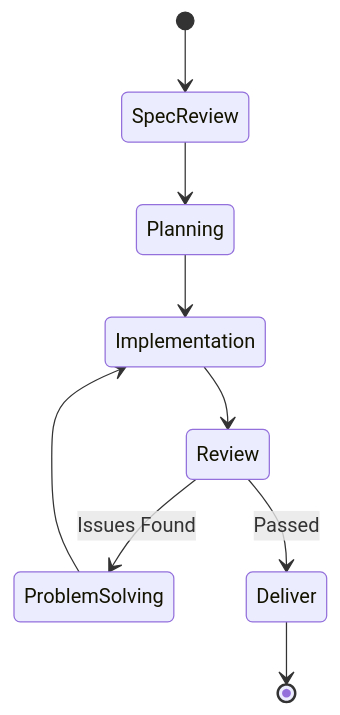
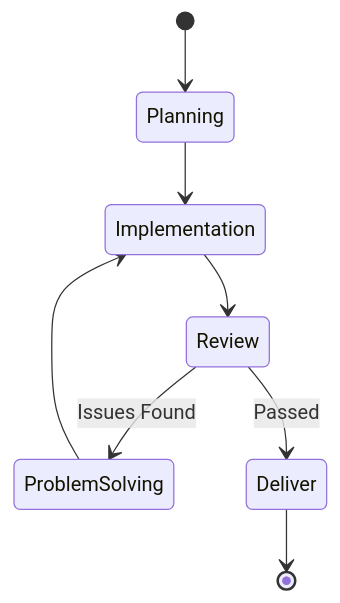
One commit to deepthought42/Khala-Agentic-AI-Teams changed the second of 2 diagrams in agents/software_engineering_team/planning_v2_team/README.md. Above: the diagram before and after it, drawn with Mermaid. The commit also changed other lines of this file and 171 other files, not shown here.

````diff
--- a/agents/software_engineering_team/planning_v2_team/README.md
+++ b/agents/software_engineering_team/planning_v2_team/README.md
@@ -42,11 +44,10 @@
 ```mermaid
 stateDiagram-v2
-    [*] --> SpecReview
-    SpecReview --> Planning
+    [*] --> Planning
     Planning --> Implementation
     Implementation --> Review
     Review --> ProblemSolving: Issues Found
     Review --> Deliver: Passed
     ProblemSolving --> Implementation
     Deliver --> [*]
 ```
````
